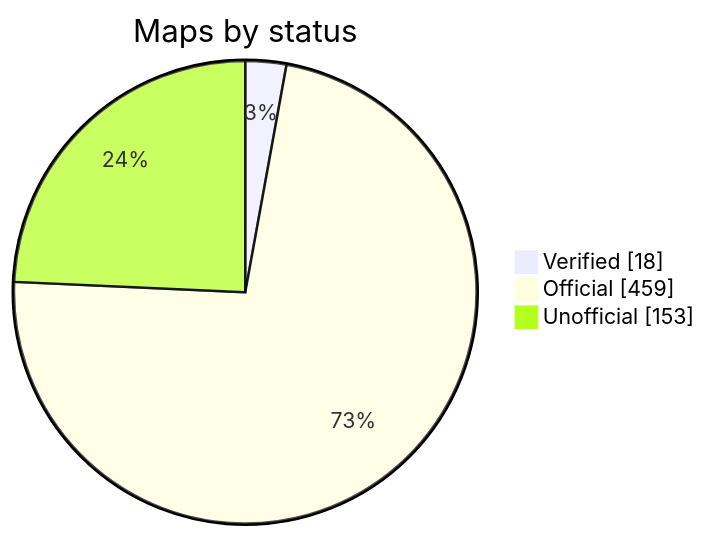
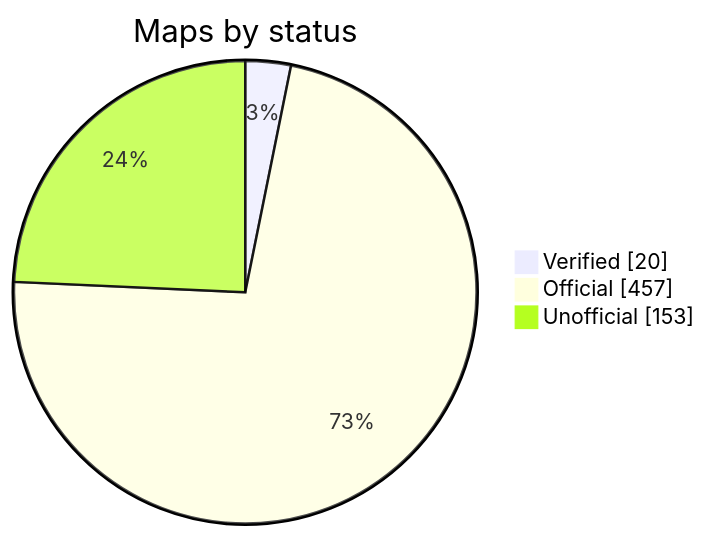
One commit to nobrega8/mbmap-library changed the diagram in README.md. Above: the diagram before and after it, drawn with Mermaid. The commit also changed 7 other files, not shown here.

````diff
--- a/README.md
+++ b/README.md
@@ -52,7 +52,7 @@
 ```mermaid
 pie showData
     title Maps by status
-    "Verified" : 18
-    "Official" : 459
+    "Verified" : 20
+    "Official" : 457
     "Unofficial" : 153
 ```
````
